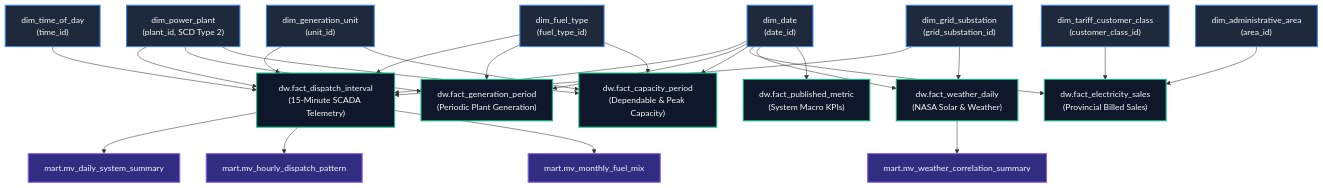
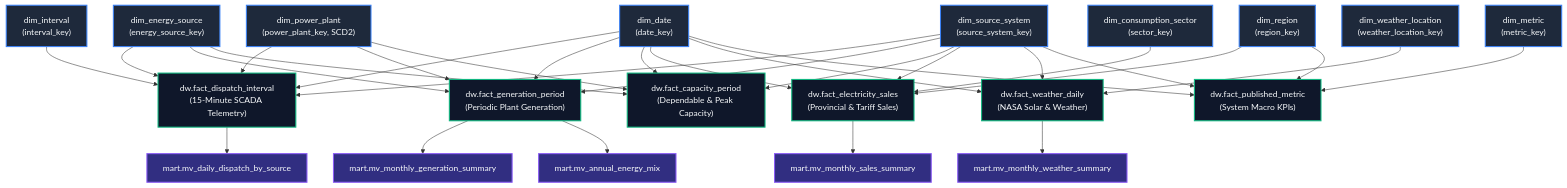
The diagram in docs/architecture/fact-constellation.md (HajithMohamed/LankaGrid-Analytics), drawn with Mermaid before and after one commit. The commit also changed other lines of this file and 87 other files, not shown here.

````diff
--- a/docs/architecture/fact-constellation.md
+++ b/docs/architecture/fact-constellation.md
@@ -20,66 +20,74 @@
 ```mermaid
 graph TD
     classDef dim fill:#1e293b,stroke:#3b82f6,stroke-width:2px,color:#f8fafc;
     classDef fact fill:#0f172a,stroke:#10b981,stroke-width:2px,color:#f8fafc;
     classDef mart fill:#312e81,stroke:#8b5cf6,stroke-width:2px,color:#f8fafc;
 
     %% Conformed Dimensions
-    D_DATE["dim_date<br/>(date_id)"]:::dim
-    D_TIME["dim_time_of_day<br/>(time_id)"]:::dim
-    D_PLANT["dim_power_plant<br/>(plant_id, SCD Type 2)"]:::dim
-    D_UNIT["dim_generation_unit<br/>(unit_id)"]:::dim
-    D_FUEL["dim_fuel_type<br/>(fuel_type_id)"]:::dim
-    D_SUB["dim_grid_substation<br/>(grid_substation_id)"]:::dim
-    D_TARIFF["dim_tariff_customer_class<br/>(customer_class_id)"]:::dim
-    D_AREA["dim_administrative_area<br/>(area_id)"]:::dim
+    D_DATE["dim_date<br/>(date_key)"]:::dim
+    D_INT["dim_interval<br/>(interval_key)"]:::dim
+    D_SRC["dim_source_system<br/>(source_system_key)"]:::dim
+    D_NRG["dim_energy_source<br/>(energy_source_key)"]:::dim
+    D_REG["dim_region<br/>(region_key)"]:::dim
+    D_SEC["dim_consumption_sector<br/>(sector_key)"]:::dim
+    D_PLANT["dim_power_plant<br/>(power_plant_key, SCD2)"]:::dim
+    D_WTH["dim_weather_location<br/>(weather_location_key)"]:::dim
+    D_MET["dim_metric<br/>(metric_key)"]:::dim
 
     %% Fact Tables
     F_DISPATCH["dw.fact_dispatch_interval<br/>(15-Minute SCADA Telemetry)"]:::fact
     F_GEN["dw.fact_generation_period<br/>(Periodic Plant Generation)"]:::fact
     F_CAP["dw.fact_capacity_period<br/>(Dependable & Peak Capacity)"]:::fact
-    F_SALES["dw.fact_electricity_sales<br/>(Provincial Billed Sales)"]:::fact
+    F_SALES["dw.fact_electricity_sales<br/>(Provincial & Tariff Sales)"]:::fact
     F_WEATHER["dw.fact_weather_daily<br/>(NASA Solar & Weather)"]:::fact
     F_METRIC["dw.fact_published_metric<br/>(System Macro KPIs)"]:::fact
 
     %% Analytical Marts
-    M_DAILY["mart.mv_daily_system_summary"]:::mart
-    M_FUEL["mart.mv_monthly_fuel_mix"]:::mart
-    M_DISPATCH["mart.mv_hourly_dispatch_pattern"]:::mart
-    M_CORR["mart.mv_weather_correlation_summary"]:::mart
+    M_MONTH_GEN["mart.mv_monthly_generation_summary"]:::mart
+    M_ENERGY_MIX["mart.mv_annual_energy_mix"]:::mart
+    M_SALES_SUM["mart.mv_monthly_sales_summary"]:::mart
+    M_DISPATCH_SRC["mart.mv_daily_dispatch_by_source"]:::mart
+    M_WTH_SUM["mart.mv_monthly_weather_summary"]:::mart
 
     %% Relationships: Dispatch
     D_DATE --> F_DISPATCH
-    D_TIME --> F_DISPATCH
+    D_INT --> F_DISPATCH
+    D_SRC --> F_DISPATCH
+    D_NRG --> F_DISPATCH
     D_PLANT --> F_DISPATCH
-    D_UNIT --> F_DISPATCH
-    D_FUEL --> F_DISPATCH
-    D_SUB --> F_DISPATCH
 
     %% Relationships: Generation & Capacity
     D_DATE --> F_GEN
+    D_SRC --> F_GEN
+    D_NRG --> F_GEN
     D_PLANT --> F_GEN
-    D_FUEL --> F_GEN
 
     D_DATE --> F_CAP
+    D_SRC --> F_CAP
+    D_NRG --> F_CAP
     D_PLANT --> F_CAP
-    D_UNIT --> F_CAP
-    D_FUEL --> F_CAP
 
     %% Relationships: Sales
     D_DATE --> F_SALES
-    D_TARIFF --> F_SALES
-    D_AREA --> F_SALES
+    D_SRC --> F_SALES
+    D_REG --> F_SALES
+    D_SEC --> F_SALES
 
     %% Relationships: Weather
     D_DATE --> F_WEATHER
-    D_SUB --> F_WEATHER
+    D_SRC --> F_WEATHER
+    D_WTH --> F_WEATHER
 
     %% Relationships: Published Metrics
     D_DATE --> F_METRIC
+    D_SRC --> F_METRIC
+    D_REG --> F_METRIC
+    D_MET --> F_METRIC
 
     %% Mart rollups
-    F_DISPATCH --> M_DAILY
-    F_DISPATCH --> M_DISPATCH
-    F_DISPATCH --> M_FUEL
-    F_WEATHER --> M_CORR
+    F_GEN --> M_MONTH_GEN
+    F_GEN --> M_ENERGY_MIX
+    F_SALES --> M_SALES_SUM
+    F_DISPATCH --> M_DISPATCH_SRC
+    F_WEATHER --> M_WTH_SUM
 ```
````
